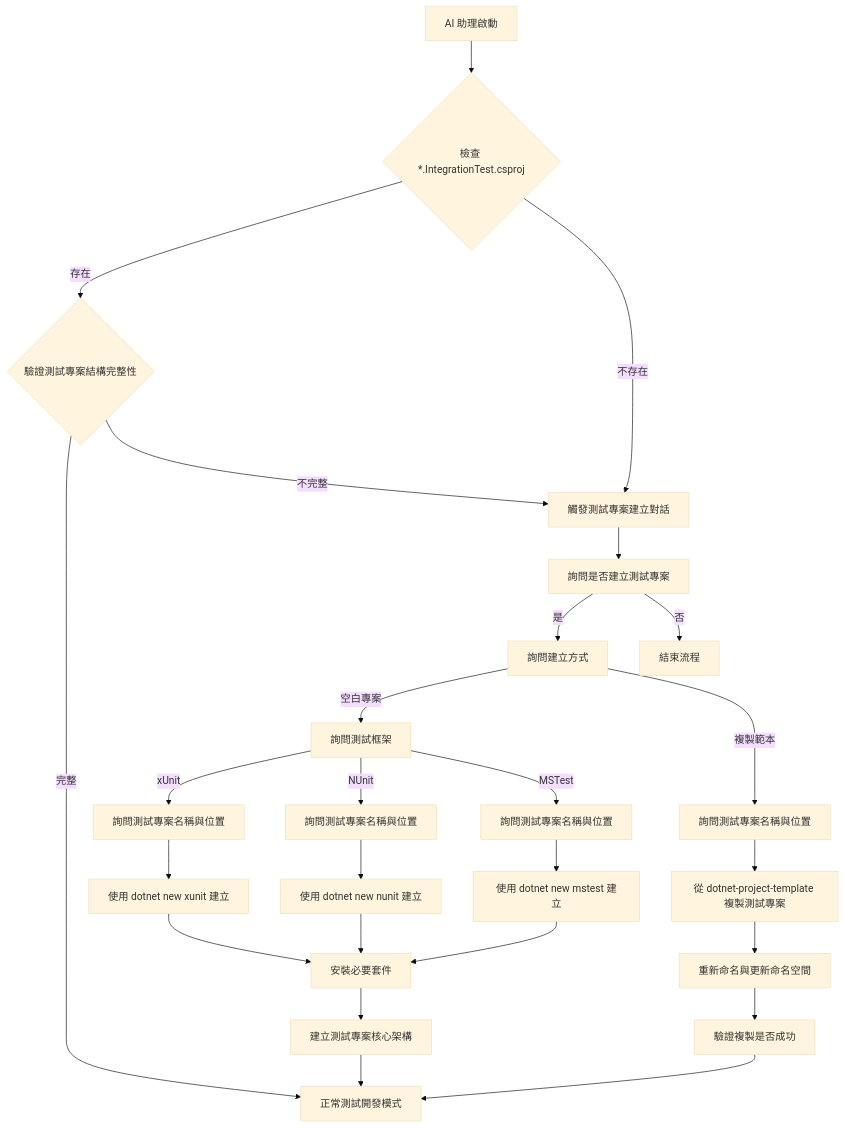
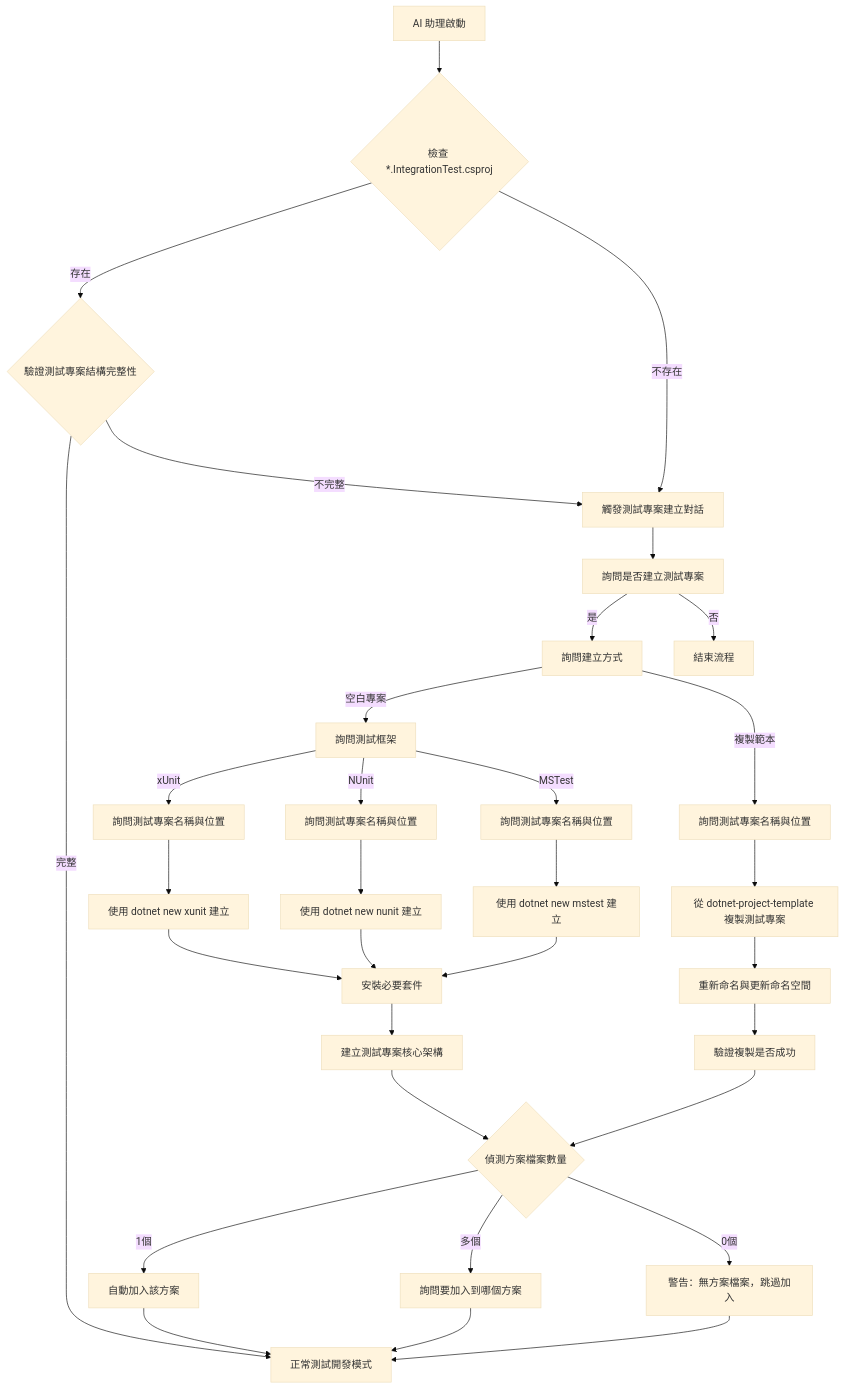
Before and after one commit to yaochangyu/api.template: the first of 3 diagrams in .github/skills/webapi-real-testing/SKILL.md, drawn with Mermaid (base theme). The commit also changed other lines of this file and 1 other file, not shown here.

````diff
--- a/.github/skills/webapi-real-testing/SKILL.md
+++ b/.github/skills/webapi-real-testing/SKILL.md
@@ -45,28 +45,34 @@
 ```mermaid
 graph TD
     A[AI 助理啟動] --> B{檢查 *.IntegrationTest.csproj}
     B -->|存在| C{驗證測試專案結構完整性}
     B -->|不存在| D[觸發測試專案建立對話]
     C -->|完整| E[正常測試開發模式]
     C -->|不完整| D
     D --> F[詢問是否建立測試專案]
     F -->|是| G[詢問建立方式]
     F -->|否| H[結束流程]
     G -->|空白專案| I[詢問測試框架]
     G -->|複製範本| J[詢問測試專案名稱與位置]
     I -->|xUnit| K1[詢問測試專案名稱與位置]
     I -->|NUnit| K2[詢問測試專案名稱與位置]
     I -->|MSTest| K3[詢問測試專案名稱與位置]
     K1 --> L1[使用 dotnet new xunit 建立]
     K2 --> L2[使用 dotnet new nunit 建立]
     K3 --> L3[使用 dotnet new mstest 建立]
     J --> M1[從 dotnet-project-template 複製測試專案]
     L1 --> M2[安裝必要套件]
     L2 --> M2
     L3 --> M2
     M1 --> M3[重新命名與更新命名空間]
     M2 --> N[建立測試專案核心架構]
     M3 --> O[驗證複製是否成功]
-    N --> E
-    O --> E
+    N --> P{偵測方案檔案數量}
+    O --> P
+    P -->|1個| Q[自動加入該方案]
+    P -->|多個| R[詢問要加入到哪個方案]
+    P -->|0個| S[警告：無方案檔案，跳過加入]
+    Q --> E
+    R --> E
+    S --> E
 ```
````
